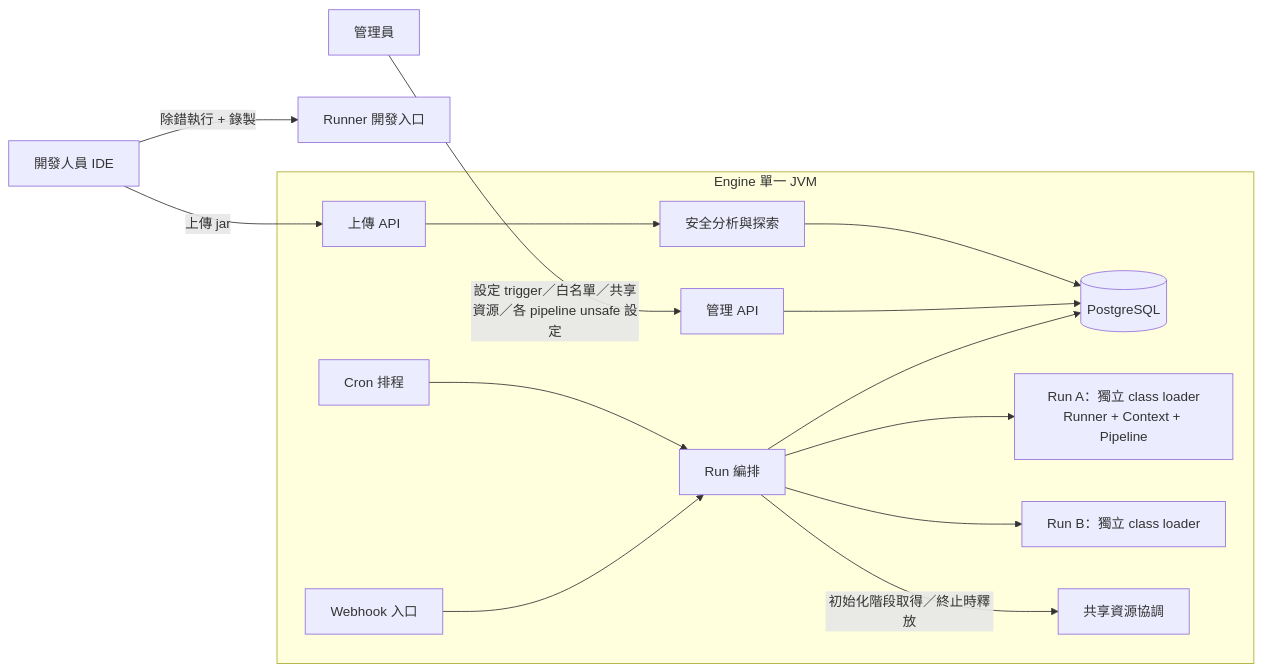
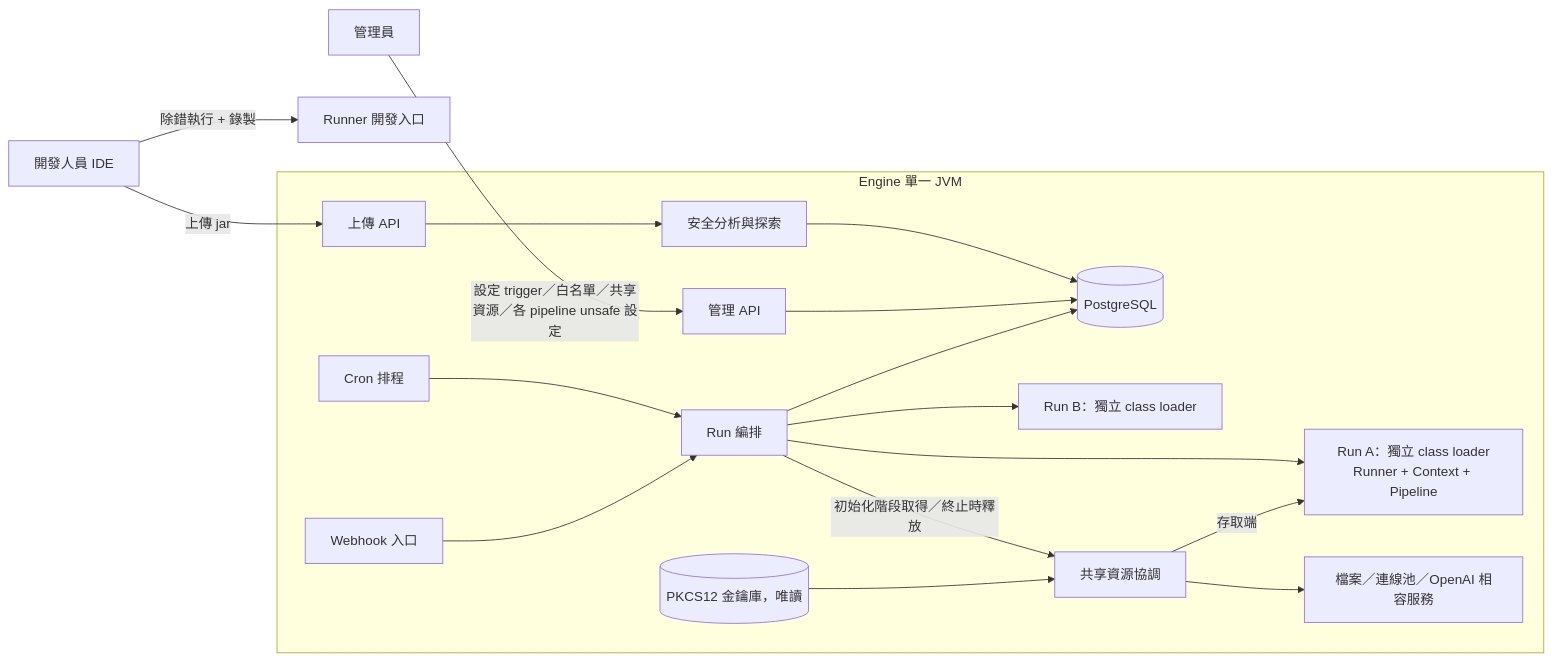
One commit to lanyitin/runline changed the diagram in docs/stable/pipeline-engine/README.md. Above: the diagram before and after it, drawn with Mermaid. The commit also changed other lines of this file and 22 other files, not shown here.

````diff
--- a/docs/stable/pipeline-engine/README.md
+++ b/docs/stable/pipeline-engine/README.md
@@ -38,17 +39,20 @@
 ```mermaid
 flowchart LR
   Dev[開發人員 IDE] -->|除錯執行 + 錄製| DevRunner[Runner 開發入口]
   Dev -->|上傳 jar| Upload[上傳 API]
   Admin[管理員] -->|設定 trigger／白名單／共享資源／各 pipeline unsafe 設定| AdminApi[管理 API]
   subgraph EngineJVM[Engine 單一 JVM]
     Upload --> Analyzer[安全分析與探索]
     Analyzer --> DB[(PostgreSQL)]
     AdminApi --> DB
     Sched[Cron 排程] --> Orch[Run 編排]
     Hook[Webhook 入口] --> Orch
     Orch --> L1[Run A：獨立 class loader\nRunner + Context + Pipeline]
     Orch --> L2[Run B：獨立 class loader]
     Orch -->|初始化階段取得／終止時釋放| Res[共享資源協調]
+    Res -->|存取端| L1
+    Res --> Ent[檔案／連線池／OpenAI 相容服務]
+    KS[(PKCS12 金鑰庫，唯讀)] --> Res
   end
   Orch --> DB
 ```
````
